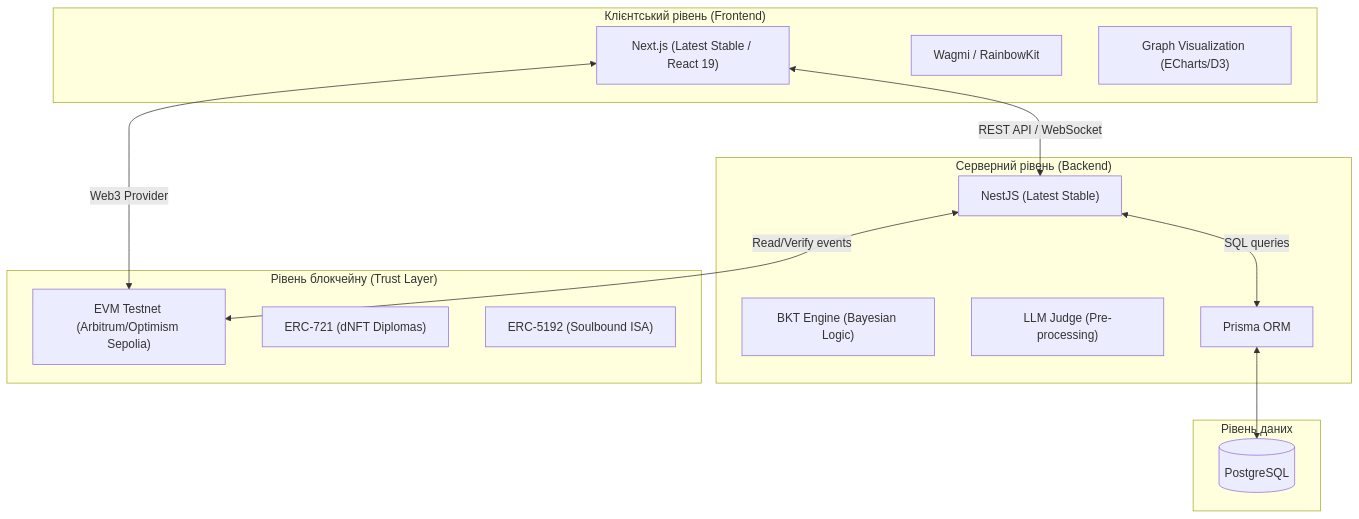
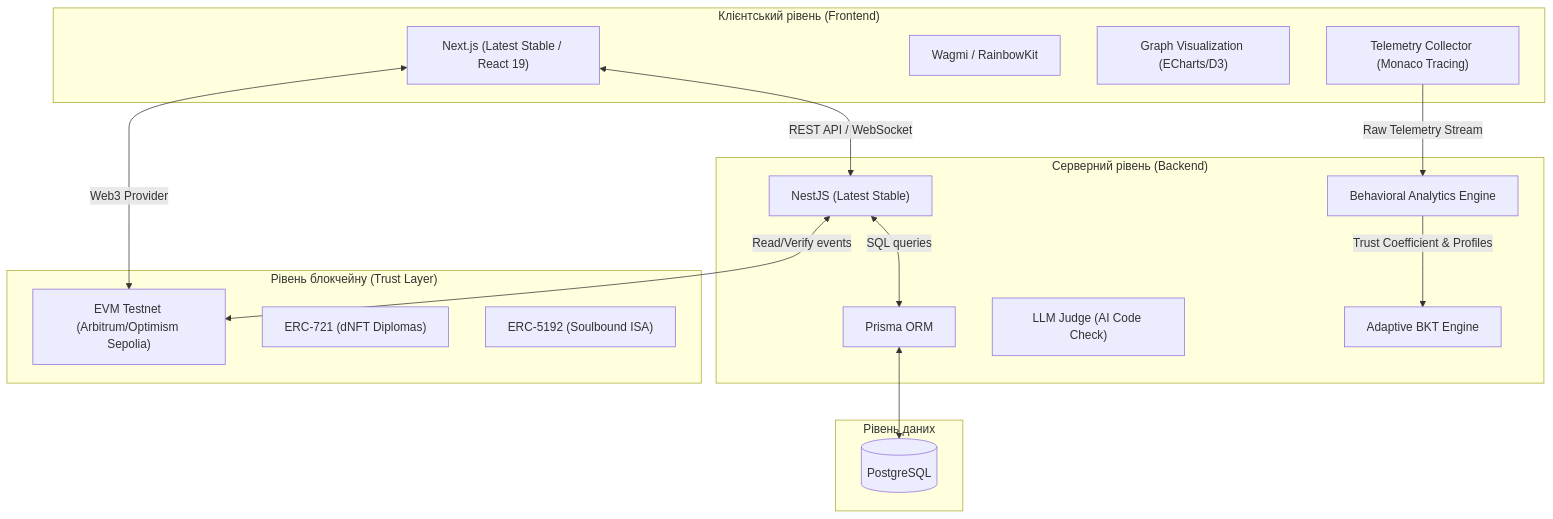
The diagram in docs/tech_stack.source.md (DmitryStetsenko/magisterts-smart-bkt-chain), drawn with Mermaid before and after one commit. The commit also changed other lines of this file and 9 other files, not shown here.

Commit message:
docs(INF): integrate adaptive BKT and behavioral telemetry to roadmap and architecture

````diff
--- a/docs/tech_stack.source.md
+++ b/docs/tech_stack.source.md
@@ -11,32 +11,36 @@
 ```mermaid
 graph TB
     subgraph Client ["Клієнтський рівень (Frontend)"]
         NextJS["Next.js (Latest Stable / React 19)"]
         Wagmi["Wagmi / RainbowKit"]
         GraphVis["Graph Visualization (ECharts/D3)"]
+        TelemetryCollector["Telemetry Collector (Monaco Tracing)"]
     end
 
     subgraph Backend ["Серверний рівень (Backend)"]
         NestJS["NestJS (Latest Stable)"]
-        BKT["BKT Engine (Bayesian Logic)"]
-        LLM["LLM Judge (Pre-processing)"]
+        BKT["Adaptive BKT Engine"]
+        BehavioralEngine["Behavioral Analytics Engine"]
+        LLM["LLM Judge (AI Code Check)"]
         Prisma["Prisma ORM"]
     end
 
     subgraph Database ["Рівень даних"]
         Postgres[(PostgreSQL)]
     end
 
     subgraph Blockchain ["Рівень блокчейну (Trust Layer)"]
         EVM["EVM Testnet (Arbitrum/Optimism Sepolia)"]
         dNFT["ERC-721 (dNFT Diplomas)"]
         SBT["ERC-5192 (Soulbound ISA)"]
     end
 
     %% Взаємодія
     NextJS <-->|REST API / WebSocket| NestJS
+    TelemetryCollector -->|Raw Telemetry Stream| BehavioralEngine
+    BehavioralEngine -->|Trust Coefficient & Profiles| BKT
     NextJS <-->|Web3 Provider| EVM
     NestJS <-->|SQL queries| Prisma
     Prisma <--> Postgres
     NestJS <-->|Read/Verify events| EVM
 ```
````
